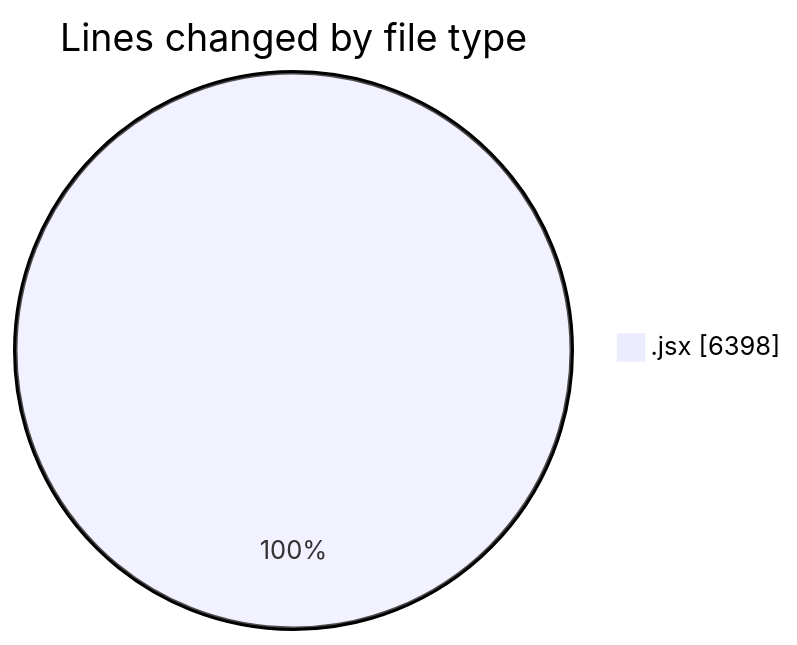
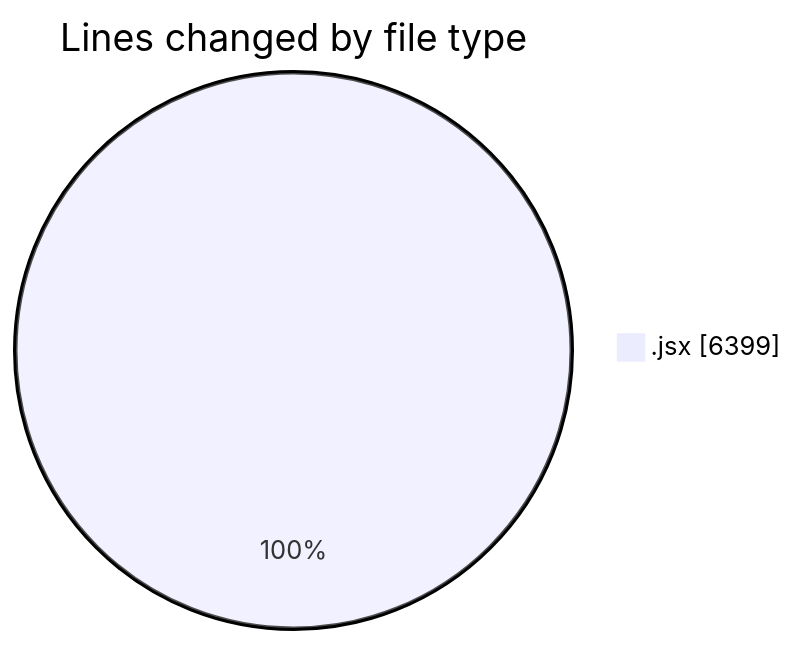
The first of 2 diagrams in 2025-09-09/nxtqube_webapp/README.md (nxtqubesakshisongat/code-tracking), drawn with Mermaid before and after one commit. The commit also changed other lines of this file and 1 other file, not shown here.

````diff
--- a/2025-09-09/nxtqube_webapp/README.md
+++ b/2025-09-09/nxtqube_webapp/README.md
@@ -22,5 +22,5 @@
 ```mermaid
 pie showData
 title Lines changed by file type
-".jsx" : 6398
+".jsx" : 6399
 ```
````
